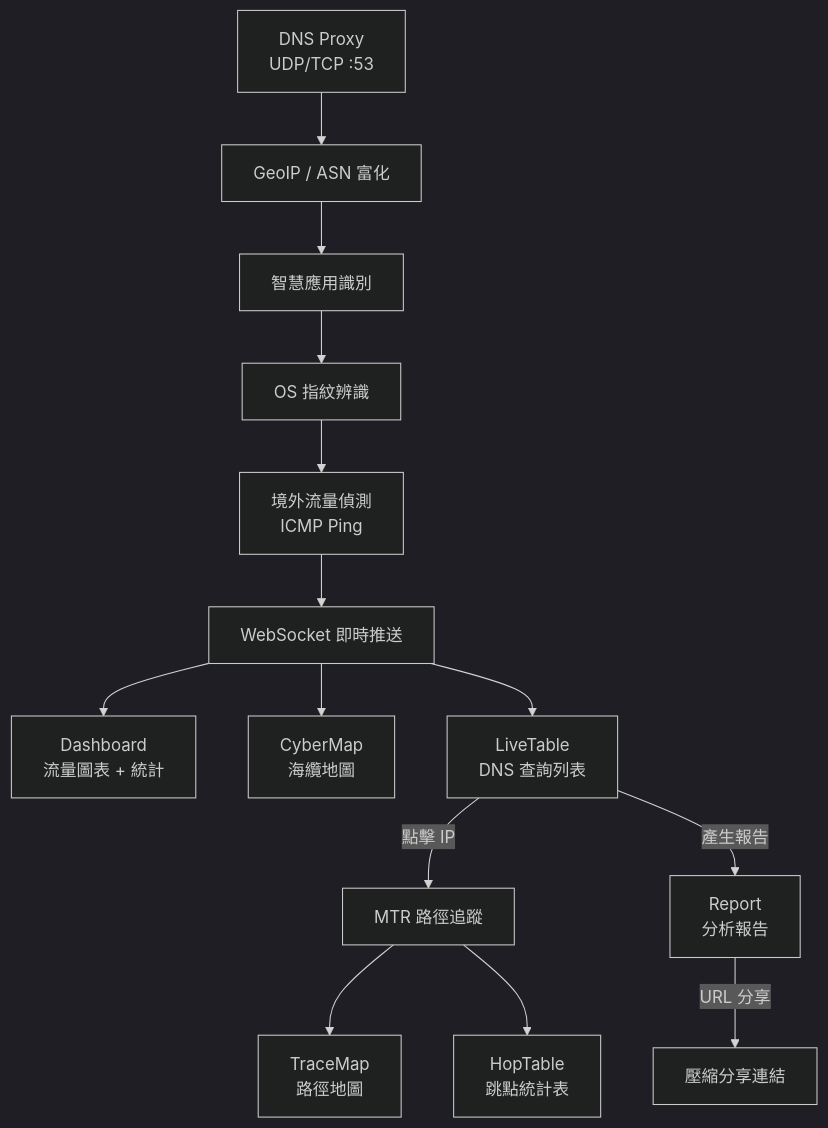
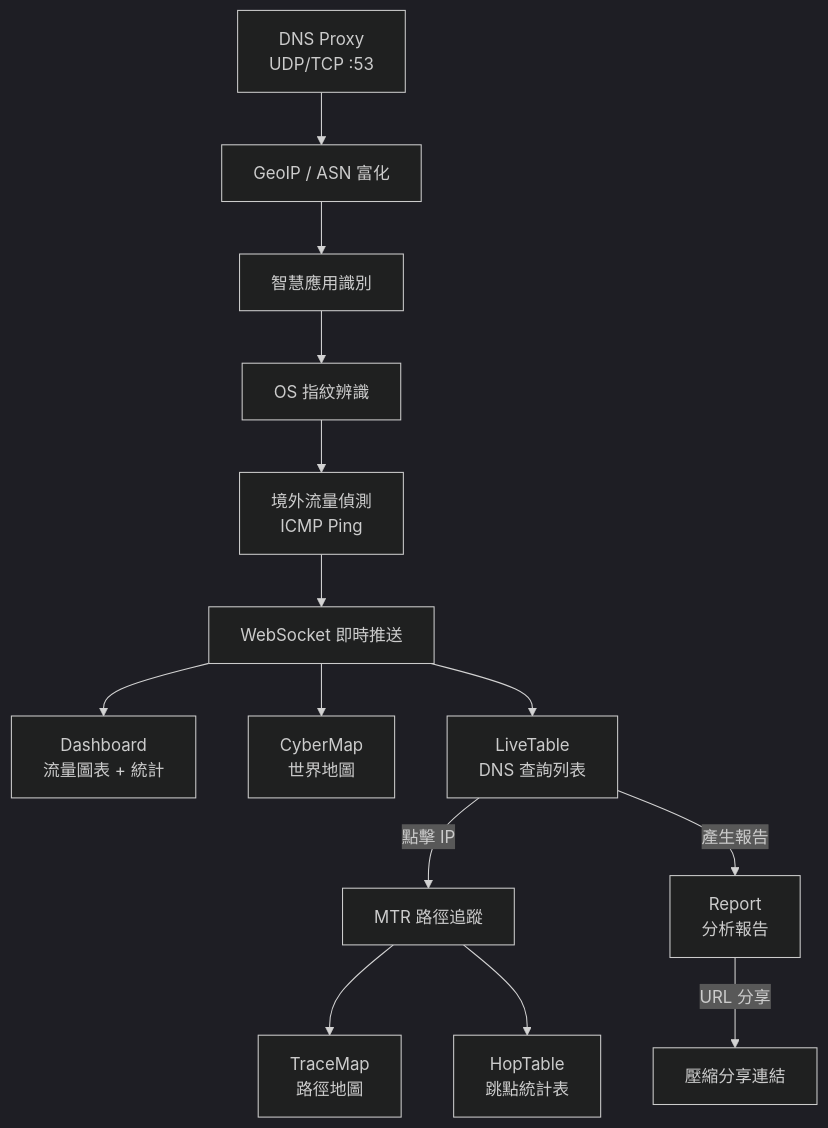
One commit to zeroflare/ocf-srrt changed the diagram in doc/01_introduction_and_goals.md. Above: the diagram before and after it, drawn with Mermaid (dark theme). The commit also changed other lines of this file and 15 other files, not shown here.

````diff
--- a/doc/01_introduction_and_goals.md
+++ b/doc/01_introduction_and_goals.md
@@ -18,16 +18,16 @@
 ```mermaid
 graph TB
     DNS["DNS Proxy<br/>UDP/TCP :53"] --> Enrich["GeoIP / ASN 富化"]
     Enrich --> Recog["智慧應用識別"]
     Recog --> OS["OS 指紋辨識"]
     OS --> Probe["境外流量偵測<br/>ICMP Ping"]
     Probe --> Stream["WebSocket 即時推送"]
     Stream --> Dashboard["Dashboard<br/>流量圖表 + 統計"]
-    Stream --> CyberMap["CyberMap<br/>海纜地圖"]
+    Stream --> CyberMap["CyberMap<br/>世界地圖"]
     Stream --> LiveTable["LiveTable<br/>DNS 查詢列表"]
     LiveTable -->|"點擊 IP"| MTR["MTR 路徑追蹤"]
     MTR --> TraceMap["TraceMap<br/>路徑地圖"]
     MTR --> HopTable["HopTable<br/>跳點統計表"]
     LiveTable -->|"產生報告"| Report["Report<br/>分析報告"]
     Report -->|"URL 分享"| Share["壓縮分享連結"]
 ```
````
